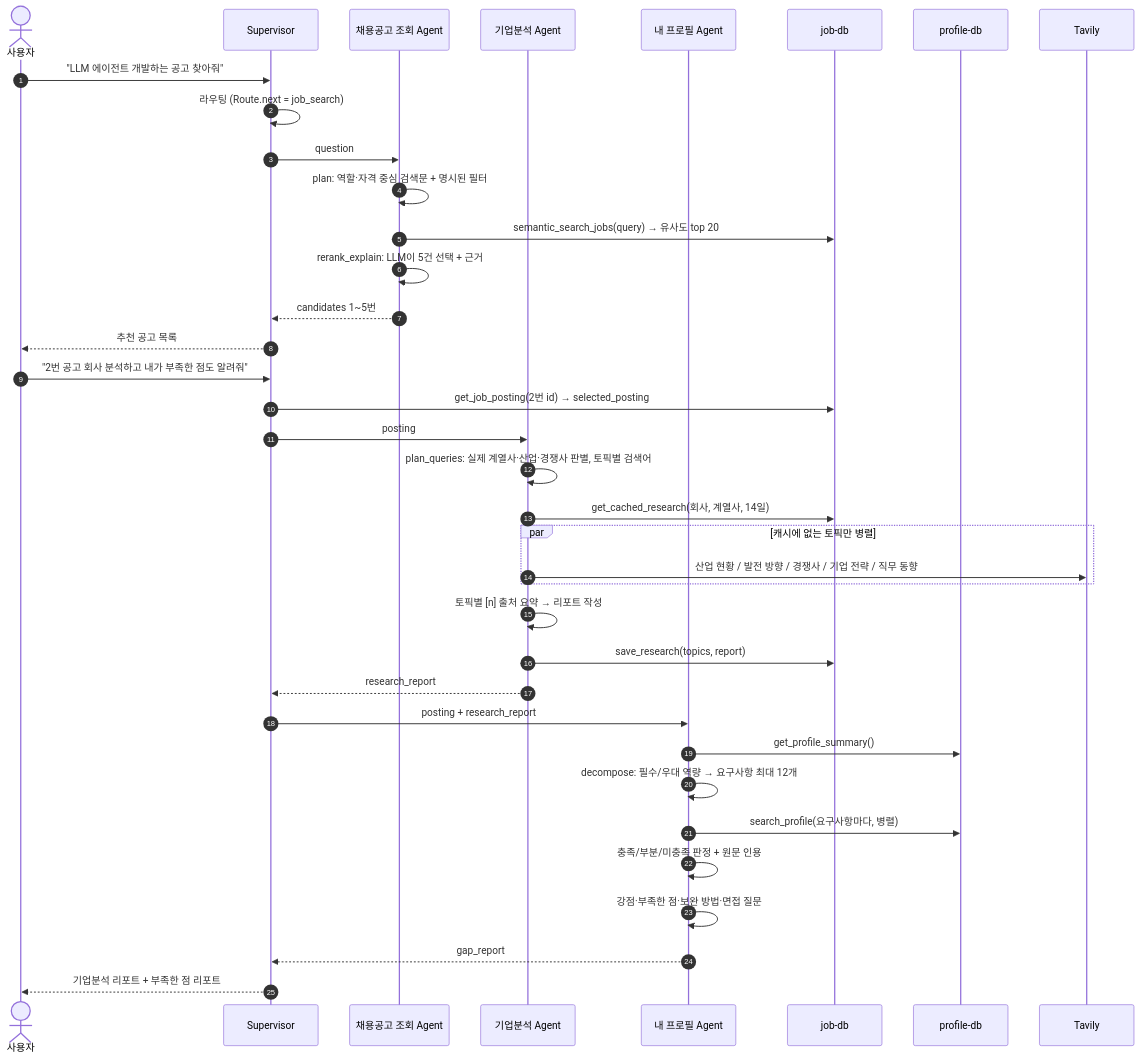
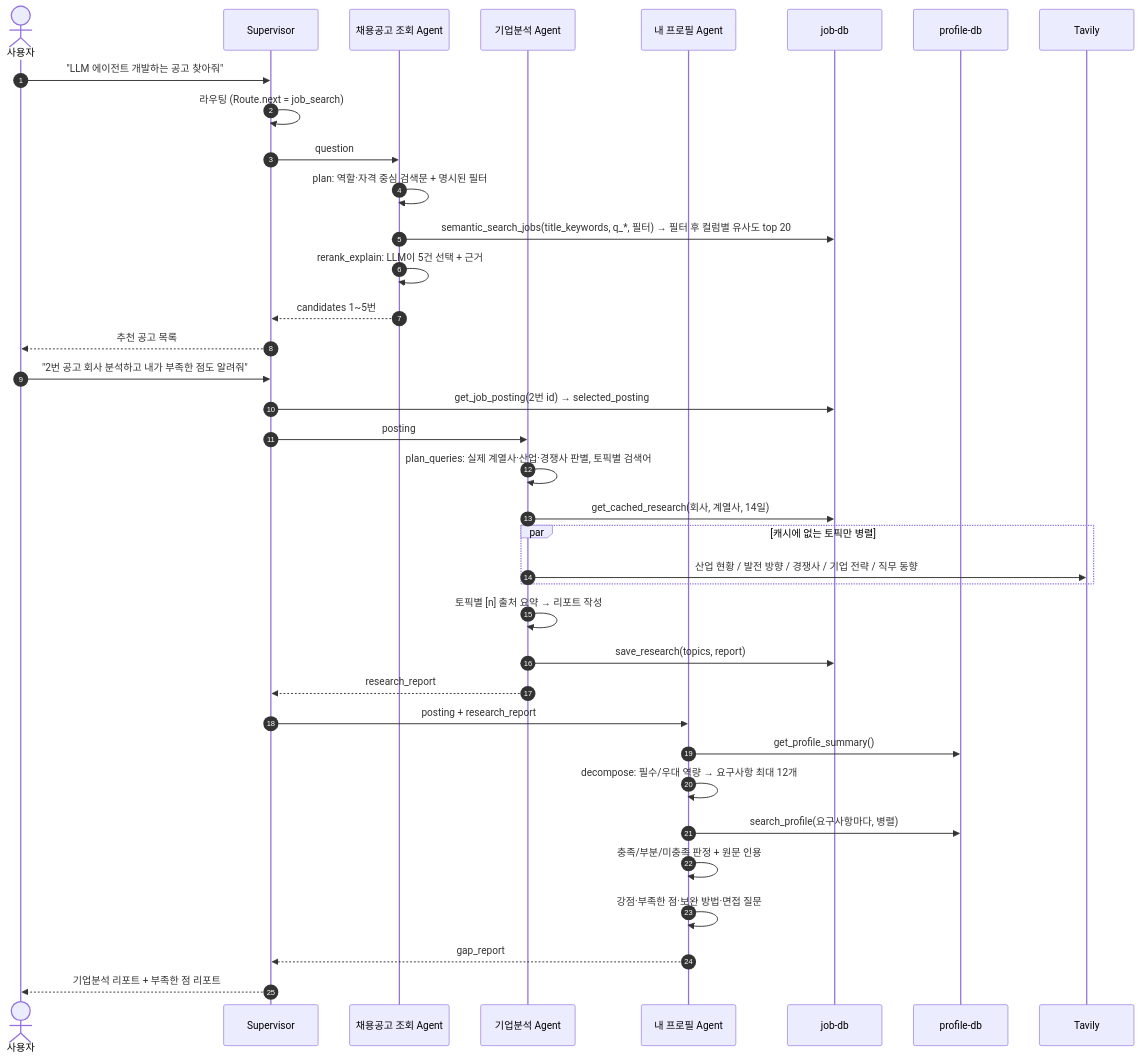
The fourth of 5 diagrams in README.md (hymn-fly/recruit-posting-agent), drawn with Mermaid before and after one commit. The commit also changed other lines of this file and 6 other files, not shown here.

First line of the commit message:
Supervisor를 agents/graphs/로 이동하고 검색 재구성 문서화

````diff
--- a/README.md
+++ b/README.md
@@ -181,41 +179,41 @@
 ```mermaid
 sequenceDiagram
     autonumber
     actor U as 사용자
     participant SV as Supervisor
     participant JS as 채용공고 조회 Agent
     participant CR as 기업분석 Agent
     participant PG as 내 프로필 Agent
     participant JDB as job-db
     participant PDB as profile-db
     participant TAV as Tavily
 
     U->>SV: "LLM 에이전트 개발하는 공고 찾아줘"
     SV->>SV: 라우팅 (Route.next = job_search)
     SV->>JS: question
     JS->>JS: plan: 역할·자격 중심 검색문 + 명시된 필터
-    JS->>JDB: semantic_search_jobs(query) → 유사도 top 20
+    JS->>JDB: semantic_search_jobs(title_keywords, q_*, 필터) → 필터 후 컬럼별 유사도 top 20
     JS->>JS: rerank_explain: LLM이 5건 선택 + 근거
     JS-->>SV: candidates 1~5번
     SV-->>U: 추천 공고 목록
 
     U->>SV: "2번 공고 회사 분석하고 내가 부족한 점도 알려줘"
     SV->>JDB: get_job_posting(2번 id) → selected_posting
     SV->>CR: posting
     CR->>CR: plan_queries: 실제 계열사·산업·경쟁사 판별, 토픽별 검색어
     CR->>JDB: get_cached_research(회사, 계열사, 14일)
     par 캐시에 없는 토픽만 병렬
         CR->>TAV: 산업 현황 / 발전 방향 / 경쟁사 / 기업 전략 / 직무 동향
     end
     CR->>CR: 토픽별 [n] 출처 요약 → 리포트 작성
     CR->>JDB: save_research(topics, report)
     CR-->>SV: research_report
     SV->>PG: posting + research_report
     PG->>PDB: get_profile_summary()
     PG->>PG: decompose: 필수/우대 역량 → 요구사항 최대 12개
     PG->>PDB: search_profile(요구사항마다, 병렬)
     PG->>PG: 충족/부분/미충족 판정 + 원문 인용
     PG->>PG: 강점·부족한 점·보완 방법·면접 질문
     PG-->>SV: gap_report
     SV-->>U: 기업분석 리포트 + 부족한 점 리포트
 ```
````
